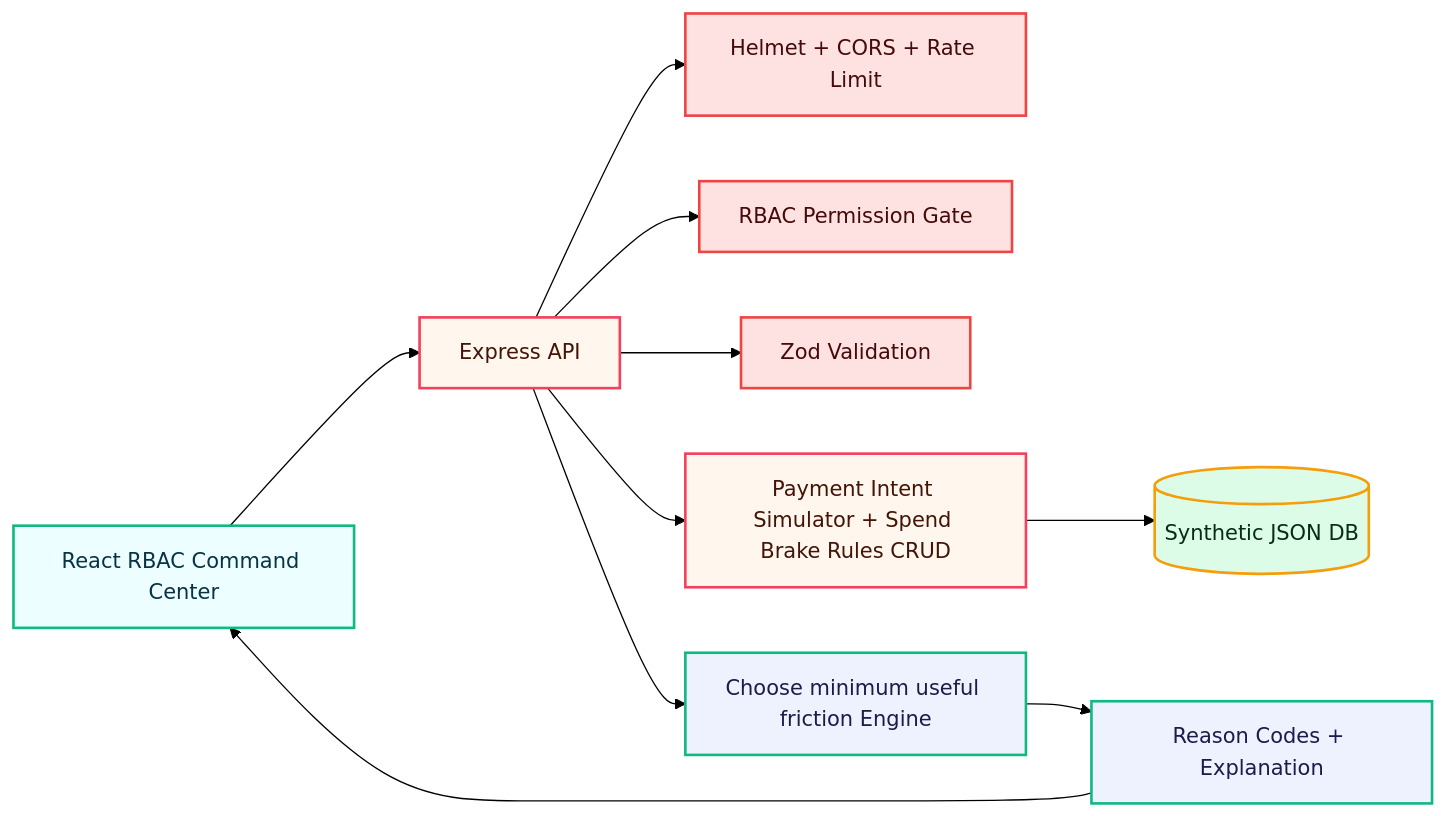
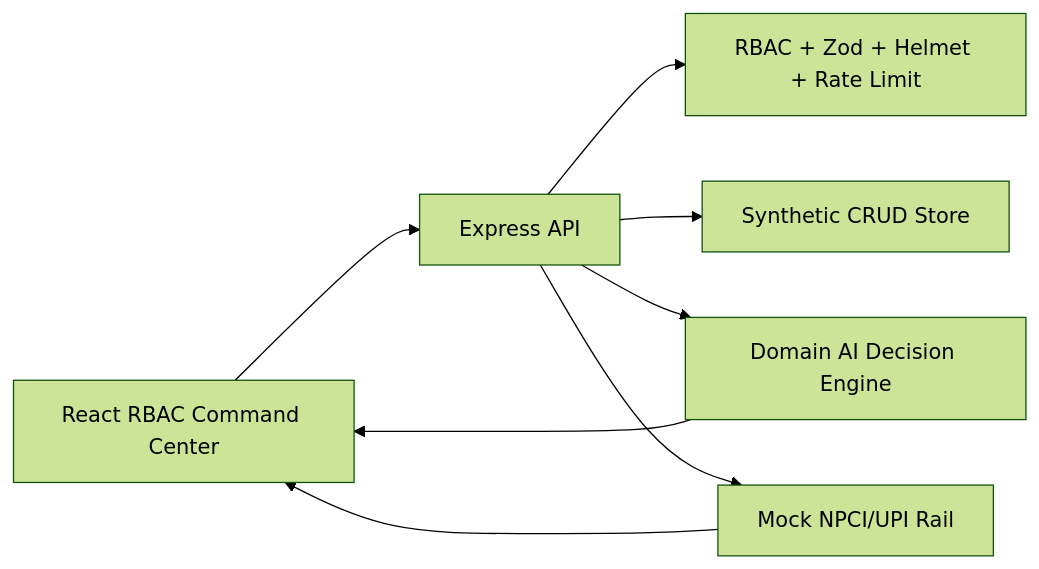
The diagram in README.md (jprbom/upi-cognitive-spend-brake), drawn with Mermaid (forest theme) before and after one commit. The commit also changed other lines of this file and 15 other files, not shown here.

Commit message:
feat: wire working demo flows and mock UPI rail

```diff
--- a/README.md
+++ b/README.md
@@ -70,18 +59,10 @@
 ~~~mermaid
 flowchart LR
-  UI["React RBAC Command Center"]:::ui --> API["Express API"]:::api
-  API --> SEC["Helmet + CORS + Rate Limit"]:::sec
-  API --> RBAC["RBAC Permission Gate"]:::sec
-  API --> VALID["Zod Validation"]:::sec
-  API --> CRUD["Payment Intent Simulator + Spend Brake Rules CRUD"]:::api
-  API --> ENGINE["Choose minimum useful friction Engine"]:::ai
-  CRUD --> DB[("Synthetic JSON DB")]:::data
-  ENGINE --> EXPLAIN["Reason Codes + Explanation"]:::ai
-  EXPLAIN --> UI
-
-  classDef ui fill:#ecfeff,stroke:#10b981,stroke-width:2px,color:#083344
-  classDef api fill:#fff7ed,stroke:#f43f5e,stroke-width:2px,color:#431407
-  classDef sec fill:#fee2e2,stroke:#ef4444,stroke-width:2px,color:#450a0a
-  classDef ai fill:#eef2ff,stroke:#10b981,stroke-width:2px,color:#1e1b4b
-  classDef data fill:#dcfce7,stroke:#f59e0b,stroke-width:2px,color:#052e16
+  UI["React RBAC Command Center"] --> API["Express API"]
+  API --> RBAC["RBAC + Zod + Helmet + Rate Limit"]
+  API --> CRUD["Synthetic CRUD Store"]
+  API --> AI["Domain AI Decision Engine"]
+  API --> MOCK["Mock NPCI/UPI Rail"]
+  MOCK --> UI
+  AI --> UI
 ~~~
```
